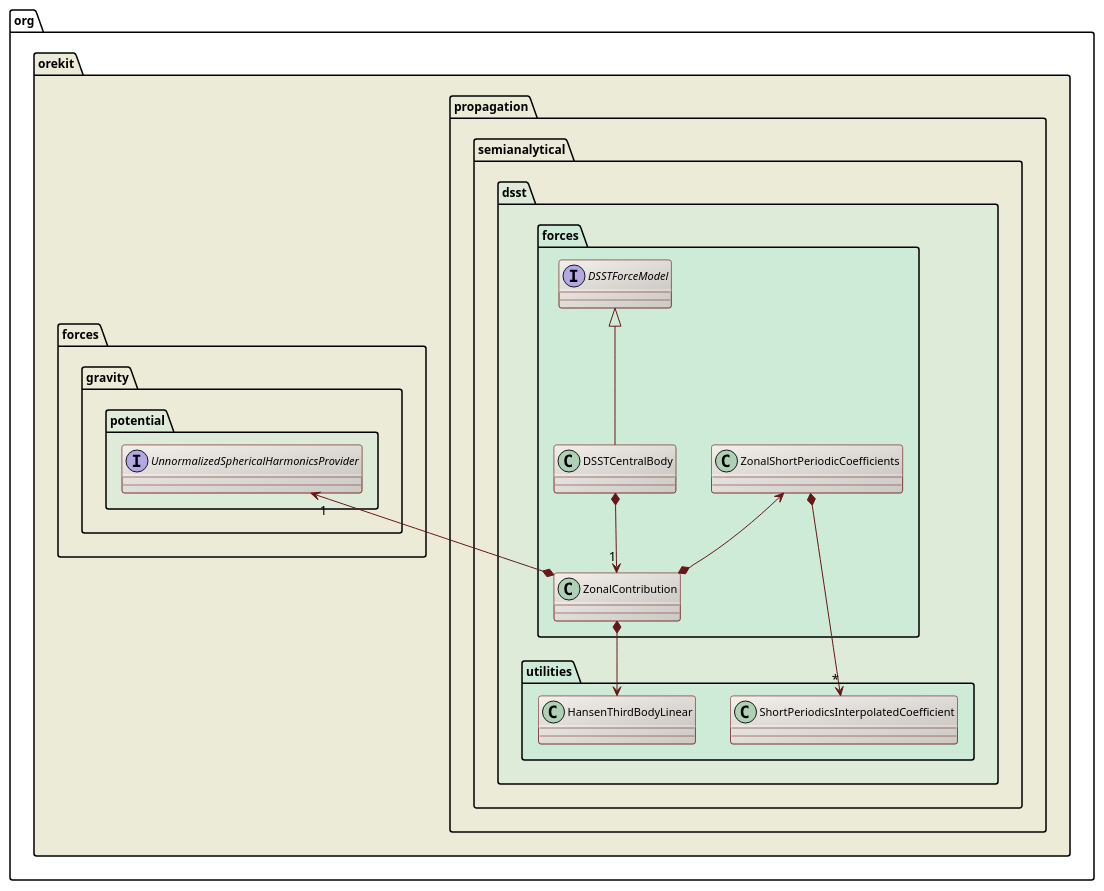
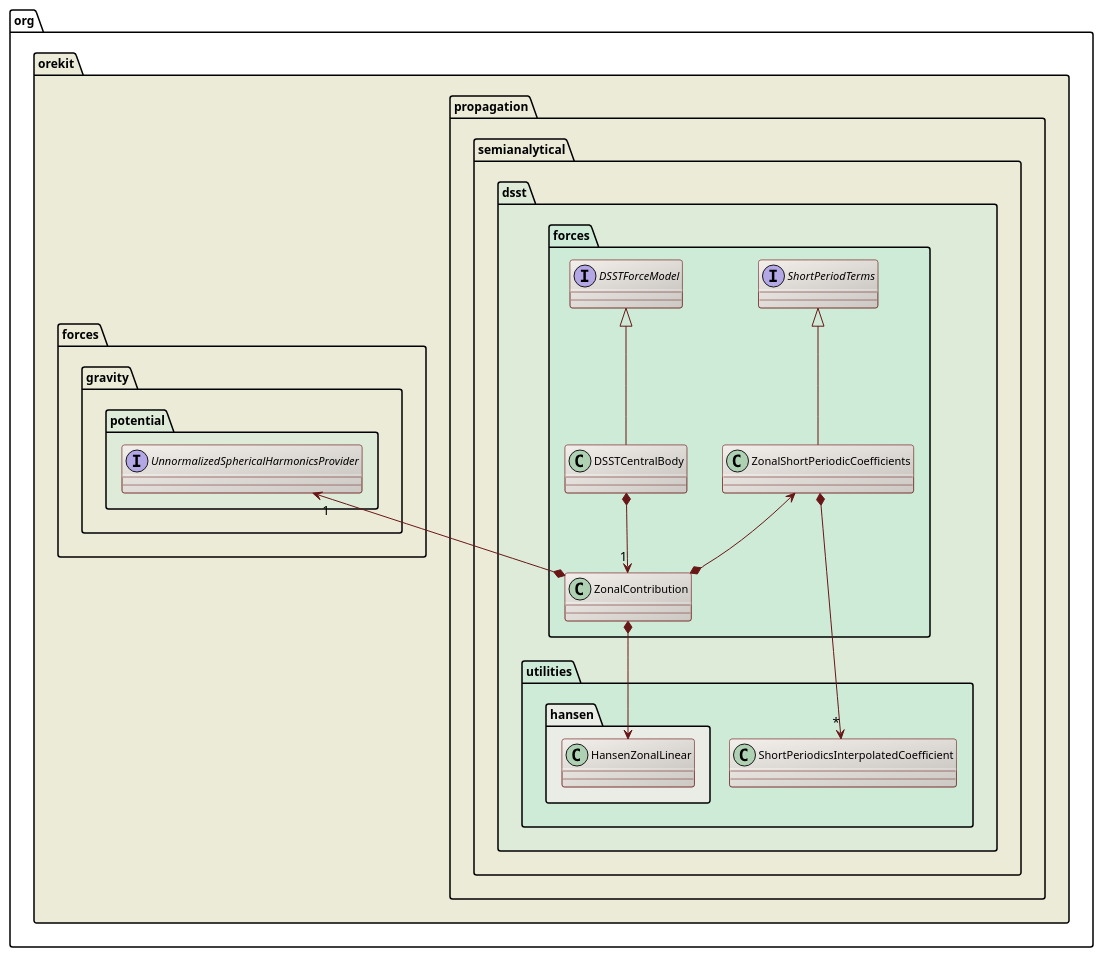
Before and after one commit to CS-SI/Orekit: the diagram in src/design/dsst-zonal-contribution-class-diagram.puml, drawn with PlantUML. The commit also changed 6 other files, not shown here.

Commit message:
Fixed wrong design diagram.

```diff
--- a/src/design/dsst-zonal-contribution-class-diagram.puml
+++ b/src/design/dsst-zonal-contribution-class-diagram.puml
@@ -17,36 +17,41 @@
 @startuml
 
   skinparam svek                  true
   skinparam ClassBackgroundColor  #F3EFEB/CCC9C5
   skinparam ClassArrowColor       #691616
   skinparam ClassBorderColor      #691616
   skinparam NoteBackgroundColor   #F3EFEB
   skinparam NoteBorderColor       #691616
   skinparam NoteFontColor         #691616
   skinparam ClassFontSize         11
   skinparam PackageFontSize       12
 
   package org.orekit #ECEBD8 {
 
     package propagation.semianalytical.dsst #DDEBD8 {
 
       Package forces #CEEBD8 {
         ZonalShortPeriodicCoefficients <--* ZonalContribution
         interface DSSTForceModel
+        interface ShortPeriodTerms
         DSSTForceModel <|-- DSSTCentralBody
+       ShortPeriodTerms <|-- ZonalShortPeriodicCoefficients
         DSSTCentralBody *--> "1" ZonalContribution
       }
 
       package utilities #CEEBD8 {
+        package hansen #EAECE6 {
+          class HansenZonalLinear
+        }
           ZonalShortPeriodicCoefficients *--> "*" ShortPeriodicsInterpolatedCoefficient
-          ZonalContribution *--> HansenThirdBodyLinear
+          ZonalContribution *--> HansenZonalLinear
        }
     }
 
       package forces.gravity.potential #DDEBD8 {
           interface UnnormalizedSphericalHarmonicsProvider
           UnnormalizedSphericalHarmonicsProvider "1" <--* ZonalContribution
       }
   }
 
 @enduml
```
